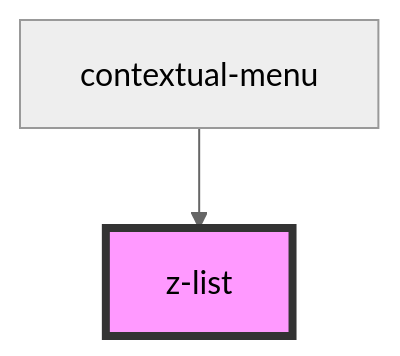
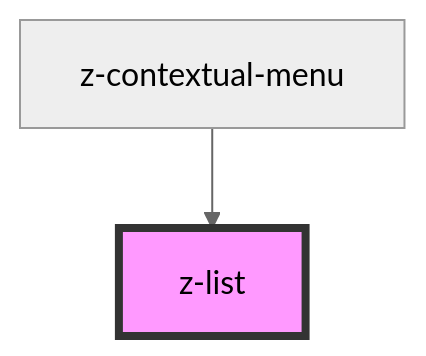
Before and after one commit to ZanichelliEditore/design-system: the diagram in src/components/list/z-list/readme.md, drawn with Mermaid (neutral theme). The commit also changed other lines of this file and 12 other files, not shown here.

````diff
--- a/src/components/list/z-list/readme.md
+++ b/src/components/list/z-list/readme.md
@@ -22,5 +22,5 @@
 ```mermaid
 graph TD;
-  contextual-menu --> z-list
+  z-contextual-menu --> z-list
   style z-list fill:#f9f,stroke:#333,stroke-width:4px
 ```
````
